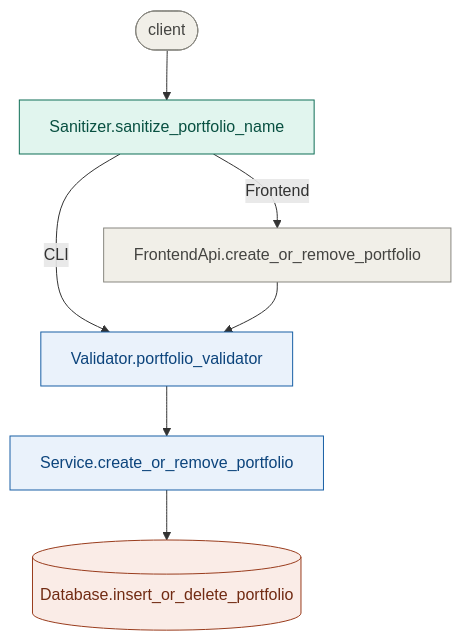
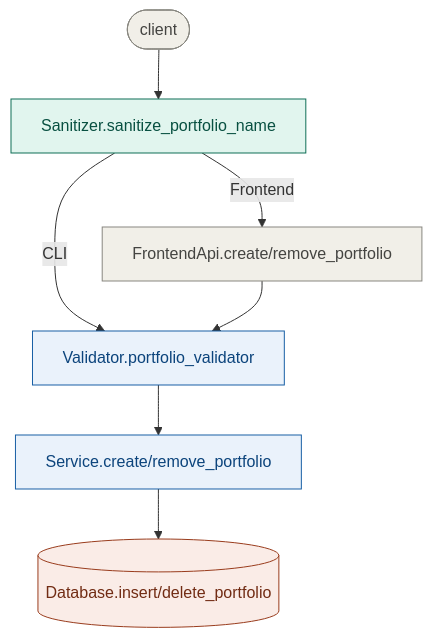
One commit to Aditi1900/investment-app changed the fifth of 6 diagrams in README.md. Above: the diagram before and after it, drawn with Mermaid. The commit also changed other lines of this file, not shown here.

Commit message:
replaced _or_ with / in README.md

````diff
--- a/README.md
+++ b/README.md
@@ -107,17 +107,17 @@
 ```mermaid
 flowchart TD
     A([client])
     A --> B[Sanitizer.sanitize_portfolio_name]
     B -->|CLI| D[Validator.portfolio_validator]
-    B -->|Frontend| C[FrontendApi.create_or_remove_portfolio]
+    B -->|Frontend| C[FrontendApi.create/remove_portfolio]
     C --> D
-    D --> E[Service.create_or_remove_portfolio]
-    E --> F[(Database.insert_or_delete_portfolio)]
+    D --> E[Service.create/remove_portfolio]
+    E --> F[(Database.insert/delete_portfolio)]
 
     style A fill:#F1EFE8,stroke:#888780,color:#444441
     style B fill:#E1F5EE,stroke:#0F6E56,color:#085041
     style C fill:#F1EFE8,stroke:#888780,color:#444441
     style D fill:#EAF2FB,stroke:#185FA5,color:#0C447C
     style E fill:#EAF2FB,stroke:#185FA5,color:#0C447C
     style F fill:#FAECE7,stroke:#993C1D,color:#712B13
 ```
````
